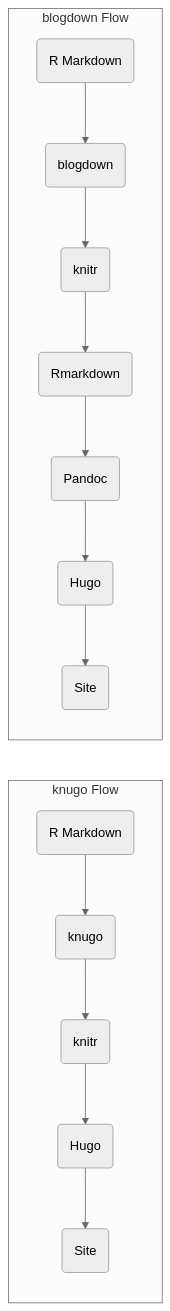
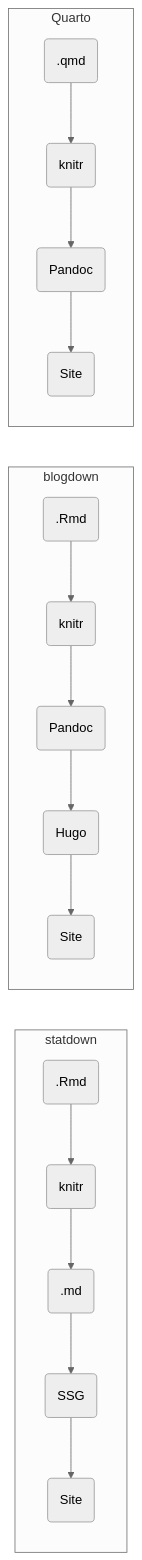
One commit to andrewjstryker/statdown changed the diagram in README.md. Above: the diagram before and after it, drawn with Mermaid (neutral theme). The commit also changed other lines of this file and 45 other files, not shown here.

````diff
--- a/README.md
+++ b/README.md
@@ -43,20 +45,23 @@
 ```mermaid
 flowchart LR
 
-    subgraph K[knugo Flow]
-    A1(R Markdown) --> A2(knugo)
-    A2 --> A3(knitr)
-    A3 --> A4(Hugo)
+    subgraph K[statdown]
+    A1(.Rmd) --> A2(knitr)
+    A2 --> A3(.md)
+    A3 --> A4(SSG)
     A4 --> A5(Site)
     end
 
-    subgraph B[blogdown Flow]
-    B1(R Markdown) --> B2(blogdown)
-    B2 --> B3(knitr)
-    B3 --> B4(Rmarkdown)
-    B4 --> B5(Pandoc)
-    B5 --> B6(Hugo)
-    B6 --> B7(Site)
+    subgraph B[blogdown]
+    B1(.Rmd) --> B2(knitr)
+    B2 --> B3(Pandoc)
+    B3 --> B4(Hugo)
+    B4 --> B5(Site)
     end
 
+    subgraph Q[Quarto]
+    Q1(.qmd) --> Q2(knitr)
+    Q2 --> Q3(Pandoc)
+    Q3 --> Q4(Site)
+    end
 ```
````
